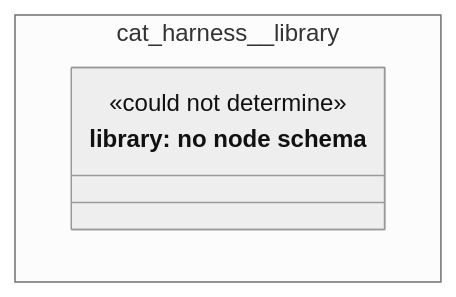
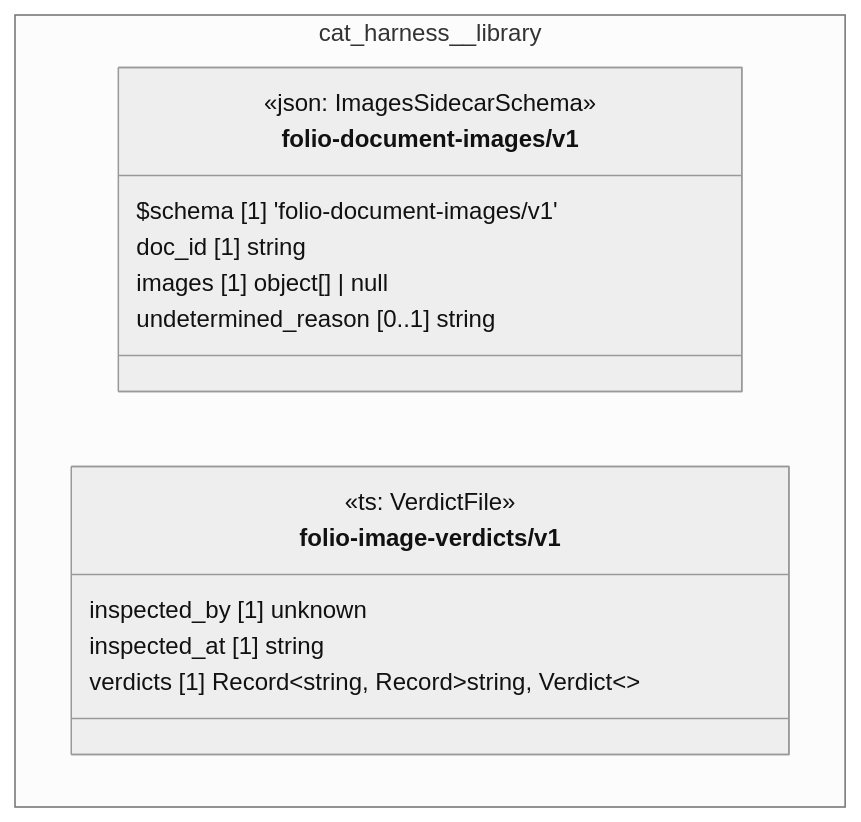
The diagram in cat-harness/docs/uml/overview/cat-harness/library.md (litlfred/folio-assistant), drawn with Mermaid (neutral theme) before and after one commit. The commit also changed other lines of this file and 220 other files, not shown here.

First line of the commit message:
quda: register node schemas for the graph kinds that had none

````diff
--- a/cat-harness/docs/uml/overview/cat-harness/library.md
+++ b/cat-harness/docs/uml/overview/cat-harness/library.md
@@ -12,11 +12,21 @@
 ```mermaid
 classDiagram
   direction TB
   namespace cat_harness__library {
-    class n_cat_harness_library_library["library: no node schema"] {
-      <<could not determine>>
+    class cat_harness_library_folio_document_images_v1_folio_document_images_v1["folio-document-images/v1"] {
+      <<json: ImagesSidecarSchema>>
+      $schema [1] 'folio-document-images/v1'
+      doc_id [1] string
+      images [1] object[] | null
+      undetermined_reason [0..1] string
+    }
+    class cat_harness_library_folio_image_verdicts_v1["folio-image-verdicts/v1"] {
+      <<ts: VerdictFile>>
+      inspected_by [1] unknown
+      inspected_at [1] string
+      verdicts [1] Record~string, Record~string, Verdict~~
     }
   }
-  cssClass "n_cat_harness_library_library" fa_uml_kind_library
-  cssClass "n_cat_harness_library_library" fa_uml_undetermined
+  cssClass "cat_harness_library_folio_document_images_v1_folio_document_images_v1" fa_uml_kind_library
+  cssClass "cat_harness_library_folio_image_verdicts_v1" fa_uml_kind_library
 ```
````
